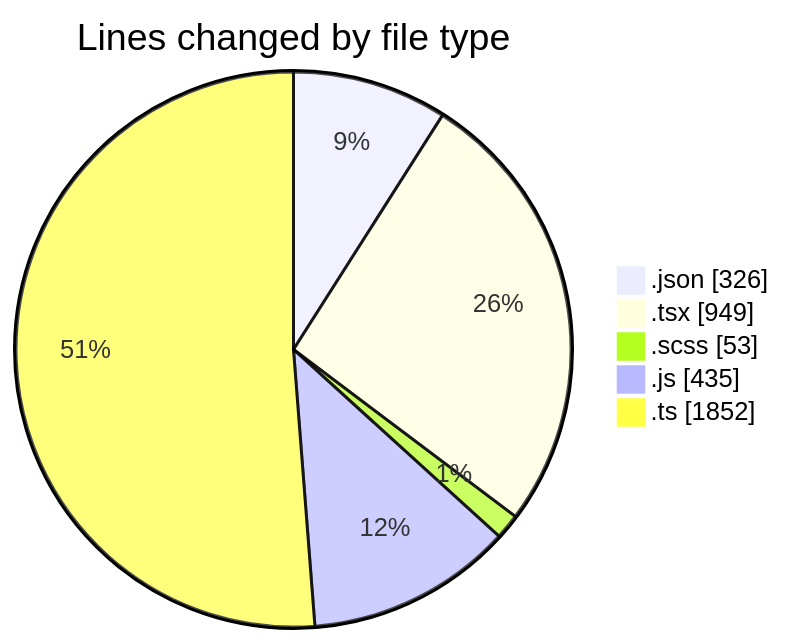
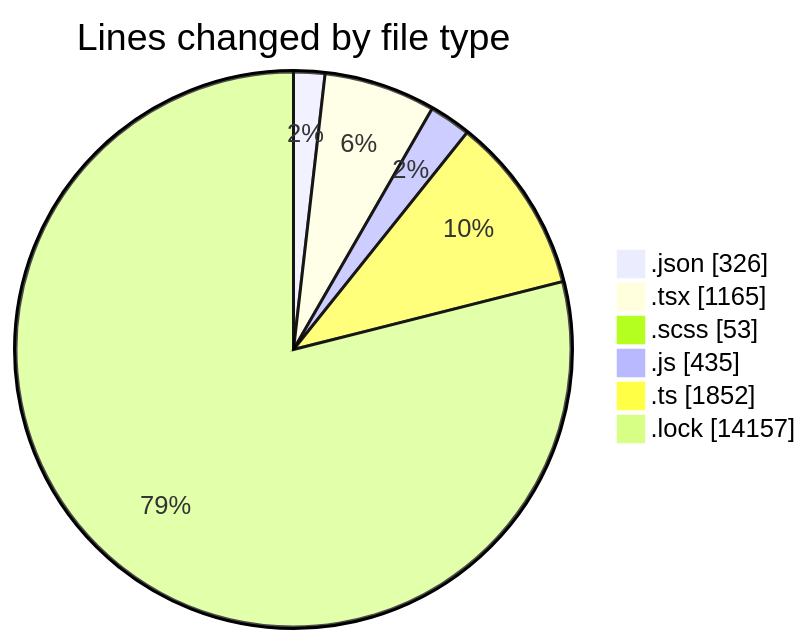
One commit to momahboobian/code-tracking changed the first of 2 diagrams in 2026-09-03/cda/README.md. Above: the diagram before and after it, drawn with Mermaid. The commit also changed other lines of this file and 1 other file, not shown here.

````diff
--- a/2026-09-03/cda/README.md
+++ b/2026-09-03/cda/README.md
@@ -32,9 +33,10 @@
 ```mermaid
 pie showData
 title Lines changed by file type
 ".json" : 326
-".tsx" : 949
+".tsx" : 1165
 ".scss" : 53
 ".js" : 435
 ".ts" : 1852
+".lock" : 14157
 ```
````
